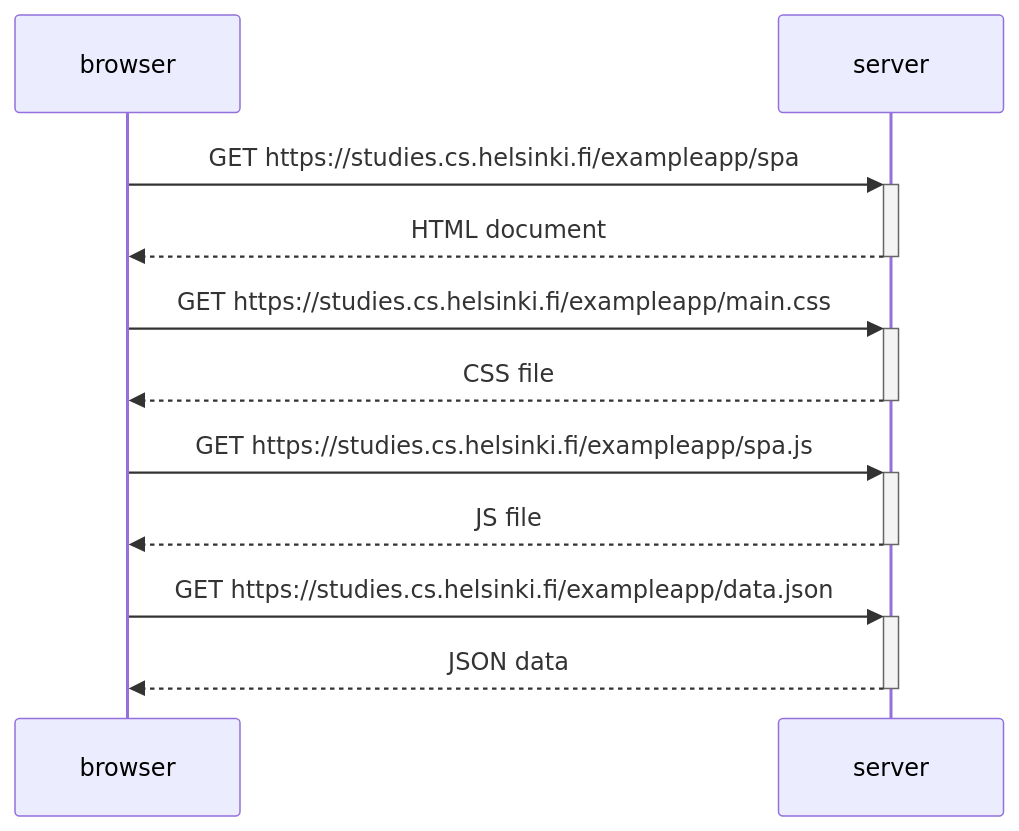
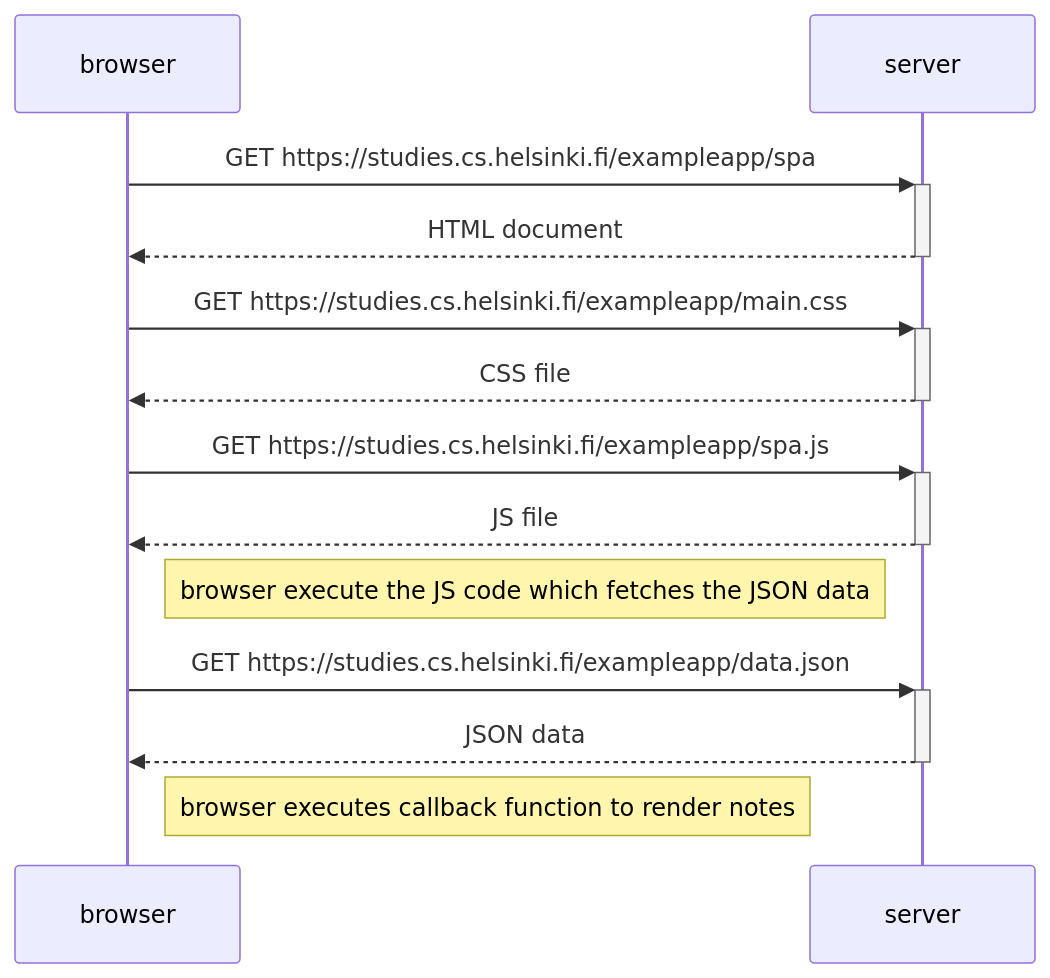
Before and after one commit to fermentedtofu/fsopen: the diagram in part0/0.5.md, drawn with Mermaid.

Commit message:
added notes

````diff
--- a/part0/0.5.md
+++ b/part0/0.5.md
@@ -1,17 +1,21 @@
 ```mermaid
 sequenceDiagram
     participant browser
     participant server
 
     browser->>+server: GET https://studies.cs.helsinki.fi/exampleapp/spa
     server-->>-browser: HTML document
 
     browser->>+server: GET https://studies.cs.helsinki.fi/exampleapp/main.css
     server-->>-browser: CSS file
 
     browser->>+server: GET https://studies.cs.helsinki.fi/exampleapp/spa.js
     server-->>-browser: JS file
 
+    Note right of browser: browser execute the JS code which fetches the JSON data
+
     browser->>+server: GET https://studies.cs.helsinki.fi/exampleapp/data.json
     server-->>-browser: JSON data
+
+    Note right of browser: browser executes callback function to render notes
 ```
````
